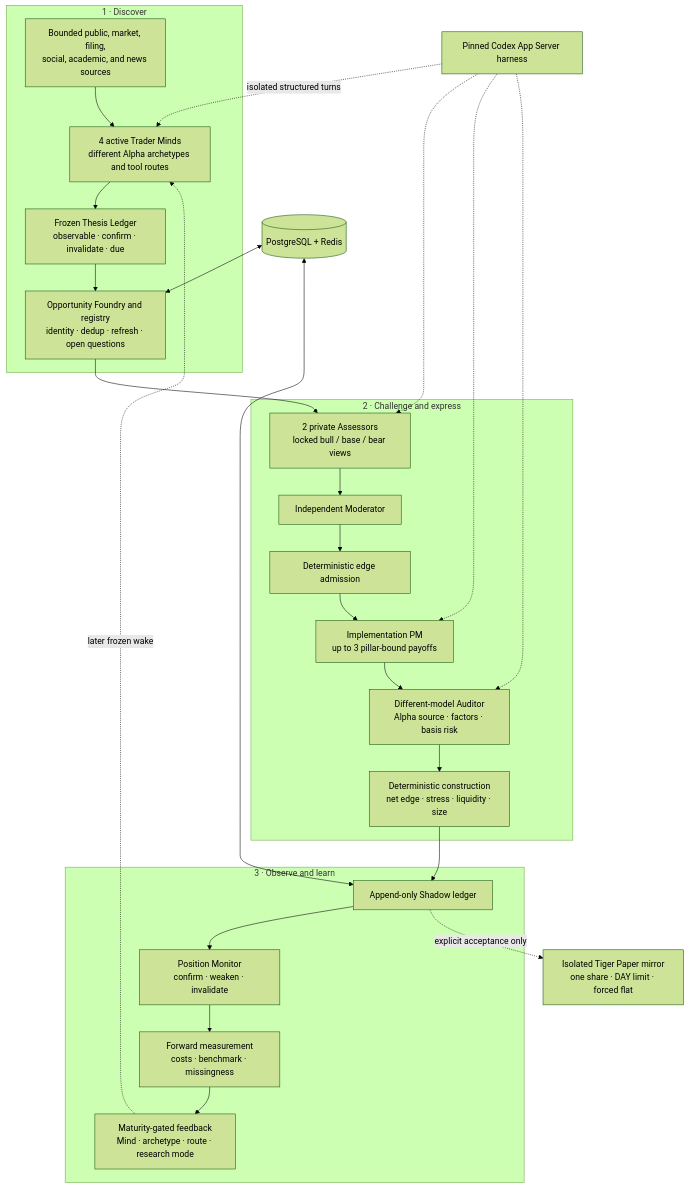
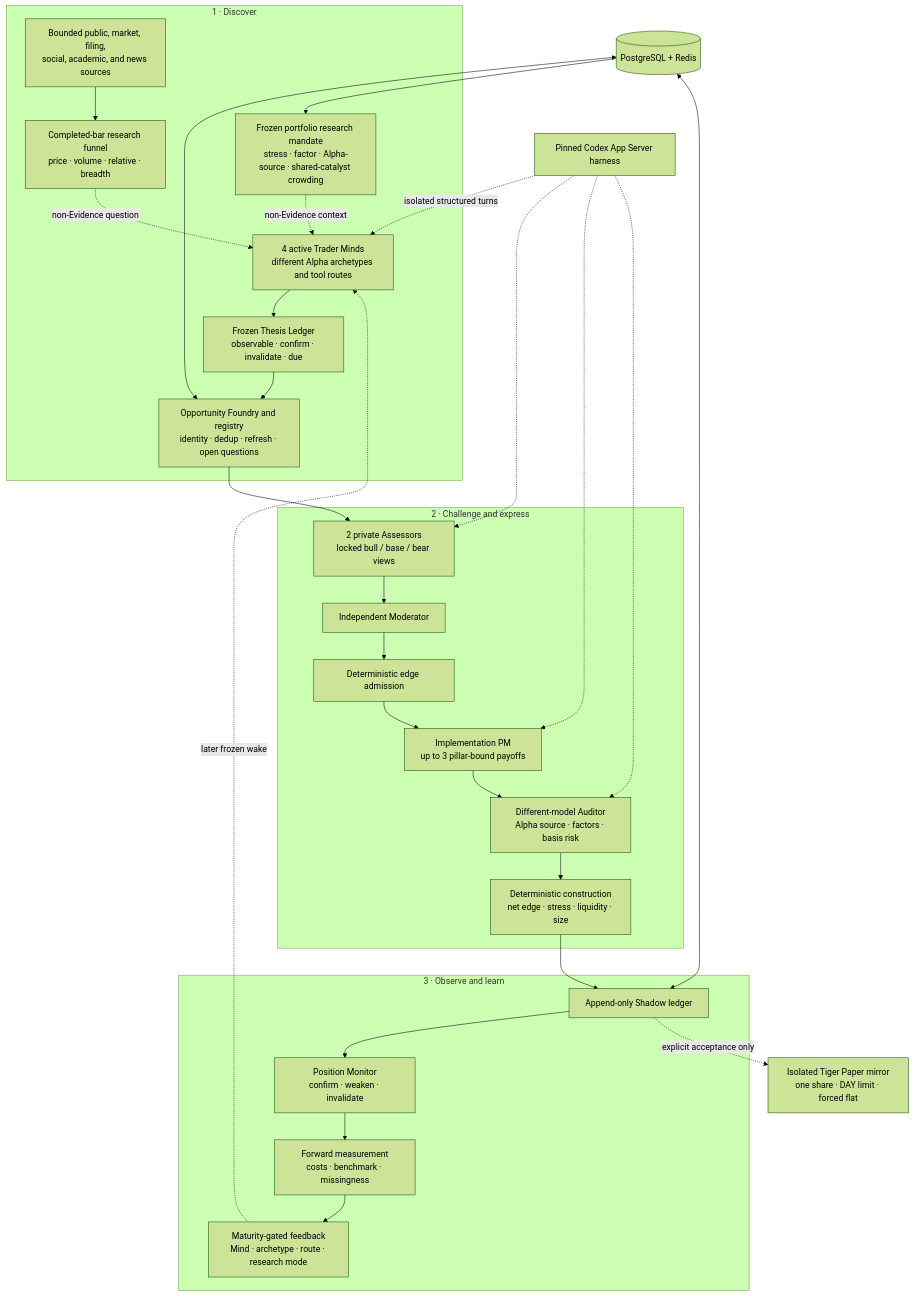
The second of 2 diagrams in README.md (kyky2347/ALTA), drawn with Mermaid (forest theme) before and after one commit. The commit also changed other lines of this file and 46 other files, not shown here.

Commit message:
Add book-aware research and catalyst risk controls

````diff
--- a/README.md
+++ b/README.md
@@ -75,39 +86,43 @@
 ```mermaid
 flowchart TB
   subgraph discover["1 · Discover"]
     sources["Bounded public, market, filing,<br/>social, academic, and news sources"]
+    screen["Completed-bar research funnel<br/>price · volume · relative · breadth"]
+    mandate["Frozen portfolio research mandate<br/>stress · factor · Alpha-source · shared-catalyst crowding"]
     minds["4 active Trader Minds<br/>different Alpha archetypes and tool routes"]
     thesis["Frozen Thesis Ledger<br/>observable · confirm · invalidate · due"]
     registry["Opportunity Foundry and registry<br/>identity · dedup · refresh · open questions"]
-    sources --> minds --> thesis --> registry
+    sources --> screen -. "non-Evidence question" .-> minds --> thesis --> registry
+    mandate -. "non-Evidence context" .-> minds
   end
 
   subgraph decide["2 · Challenge and express"]
     assess["2 private Assessors<br/>locked bull / base / bear views"]
     moderate["Independent Moderator"]
     rank["Deterministic edge admission"]
     implement["Implementation PM<br/>up to 3 pillar-bound payoffs"]
     audit["Different-model Auditor<br/>Alpha source · factors · basis risk"]
     construct["Deterministic construction<br/>net edge · stress · liquidity · size"]
     assess --> moderate --> rank --> implement --> audit --> construct
   end
 
   subgraph learn["3 · Observe and learn"]
     ledger["Append-only Shadow ledger"]
     monitor["Position Monitor<br/>confirm · weaken · invalidate"]
     outcome["Forward measurement<br/>costs · benchmark · missingness"]
     feedback["Maturity-gated feedback<br/>Mind · archetype · route · research mode"]
     ledger --> monitor --> outcome --> feedback
   end
 
   registry --> assess
   construct --> ledger
   feedback -. "later frozen wake" .-> minds
   state[("PostgreSQL + Redis")] <--> registry
   state <--> ledger
+  state --> mandate
   harness["Pinned Codex App Server harness"] -. "isolated structured turns" .-> minds
   harness -.-> assess
   harness -.-> implement
   harness -.-> audit
   ledger -. "explicit acceptance only" .-> paper["Isolated Tiger Paper mirror<br/>one share · DAY limit · forced flat"]
 ```
````
